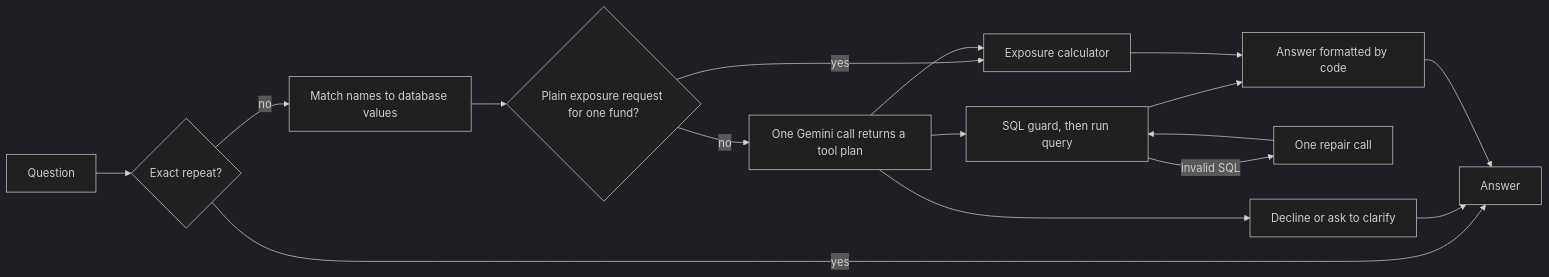
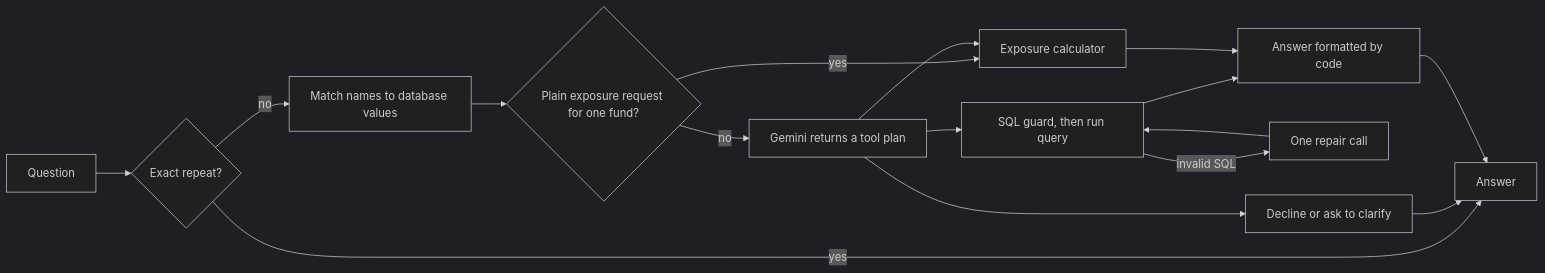
One commit to Mrudula211/portfolio-analytics-agent changed the diagram in README.md. Above: the diagram before and after it, drawn with Mermaid (dark theme). The commit also changed other lines of this file and 17 other files, not shown here.

````diff
--- a/README.md
+++ b/README.md
@@ -70,18 +77,18 @@
 ```mermaid
 flowchart LR
     Q[Question] --> C{Exact repeat?}
     C -- yes --> A[Answer]
     C -- no --> L[Match names to database values]
     L --> F{Plain exposure request for one fund?}
     F -- yes --> E[Exposure calculator]
-    F -- no --> M[One Gemini call returns a tool plan]
+    F -- no --> M[Gemini returns a tool plan]
     M --> S[SQL guard, then run query]
     M --> E
     M --> D[Decline or ask to clarify]
     S -- invalid SQL --> R[One repair call]
     R --> S
     S --> T[Answer formatted by code]
     E --> T
     D --> A
     T --> A
 ```
````
